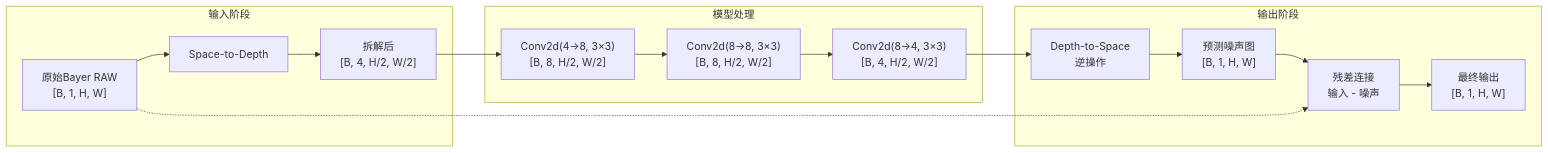
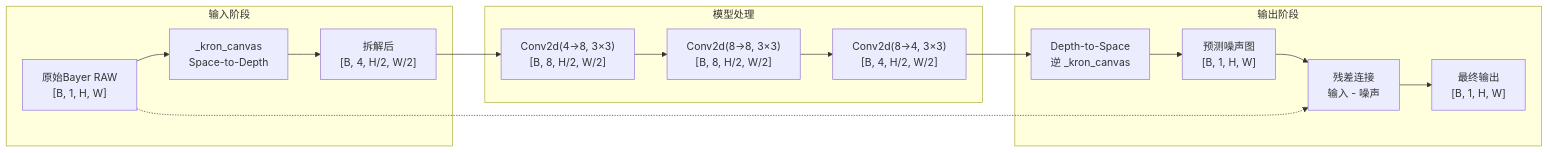
One commit to bluhuang/blogs-of-bluhuang changed the first of 3 diagrams in content/AI/4 深度学习/2.3 Bayer RAW图像的特殊处理.md. Above: the diagram before and after it, drawn with Mermaid. The commit also changed other lines of this file and 58 other files, not shown here.

````diff
--- a/content/AI/4 深度学习/2.3 Bayer RAW图像的特殊处理.md
+++ b/content/AI/4 深度学习/2.3 Bayer RAW图像的特殊处理.md
@@ -117,28 +116,28 @@
 ```mermaid
 flowchart LR
     subgraph 输入阶段
         RAW["原始Bayer RAW<br/>[B, 1, H, W]"]
-        S2D["Space-to-Depth"]
+        S2D["_kron_canvas<br/>Space-to-Depth"]
         F4["拆解后<br/>[B, 4, H/2, W/2]"]
     end
     
     subgraph 模型处理
         C1["Conv2d(4→8, 3×3)<br/>[B, 8, H/2, W/2]"]
         C2["Conv2d(8→8, 3×3)<br/>[B, 8, H/2, W/2]"]
         C3["Conv2d(8→4, 3×3)<br/>[B, 4, H/2, W/2]"]
     end
     
     subgraph 输出阶段
-        D2S["Depth-to-Space<br/>逆操作"]
+        D2S["Depth-to-Space<br/>逆 _kron_canvas"]
         OUT["预测噪声图<br/>[B, 1, H, W]"]
         SUB["残差连接<br/>输入 - 噪声"]
         FINAL["最终输出<br/>[B, 1, H, W]"]
     end
     
     RAW --> S2D --> F4
     F4 --> C1 --> C2 --> C3
     C3 --> D2S --> OUT
     OUT --> SUB
     RAW -.-> SUB
     SUB --> FINAL
 ```
````
